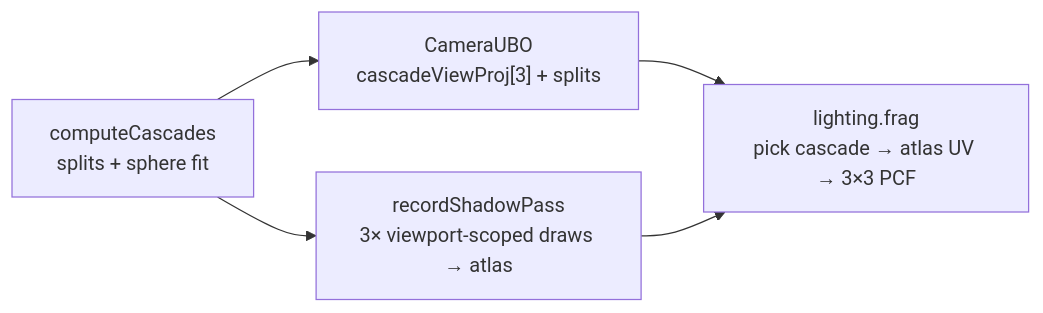
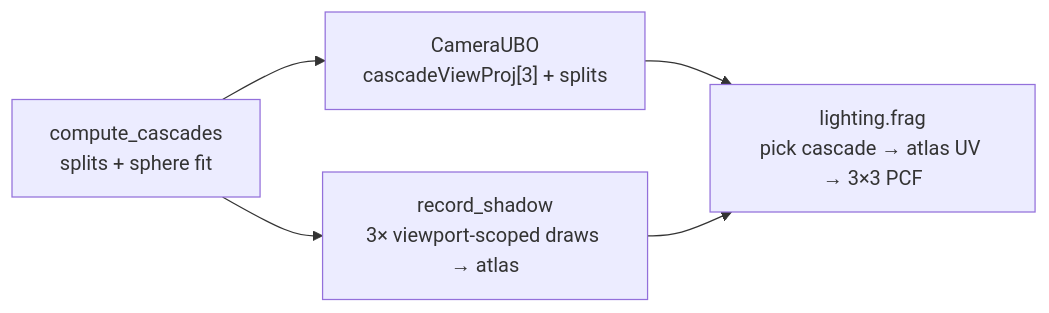
Before and after one commit to dabibhabi/swish: the second of 4 diagrams in docs/realism-features.md, drawn with Mermaid. The commit also changed other lines of this file and 400 other files, not shown here.

````diff
--- a/docs/realism-features.md
+++ b/docs/realism-features.md
@@ -192,7 +205,7 @@
 ```mermaid
 graph LR
-  CC["computeCascades<br/>splits + sphere fit"] --> UBO["CameraUBO<br/>cascadeViewProj[3] + splits"]
-  CC --> SP["recordShadowPass<br/>3× viewport-scoped draws → atlas"]
+  CC["compute_cascades<br/>splits + sphere fit"] --> UBO["CameraUBO<br/>cascadeViewProj[3] + splits"]
+  CC --> SP["record_shadow<br/>3× viewport-scoped draws → atlas"]
   UBO --> LF["lighting.frag<br/>pick cascade → atlas UV → 3×3 PCF"]
   SP --> LF
 ```
````
